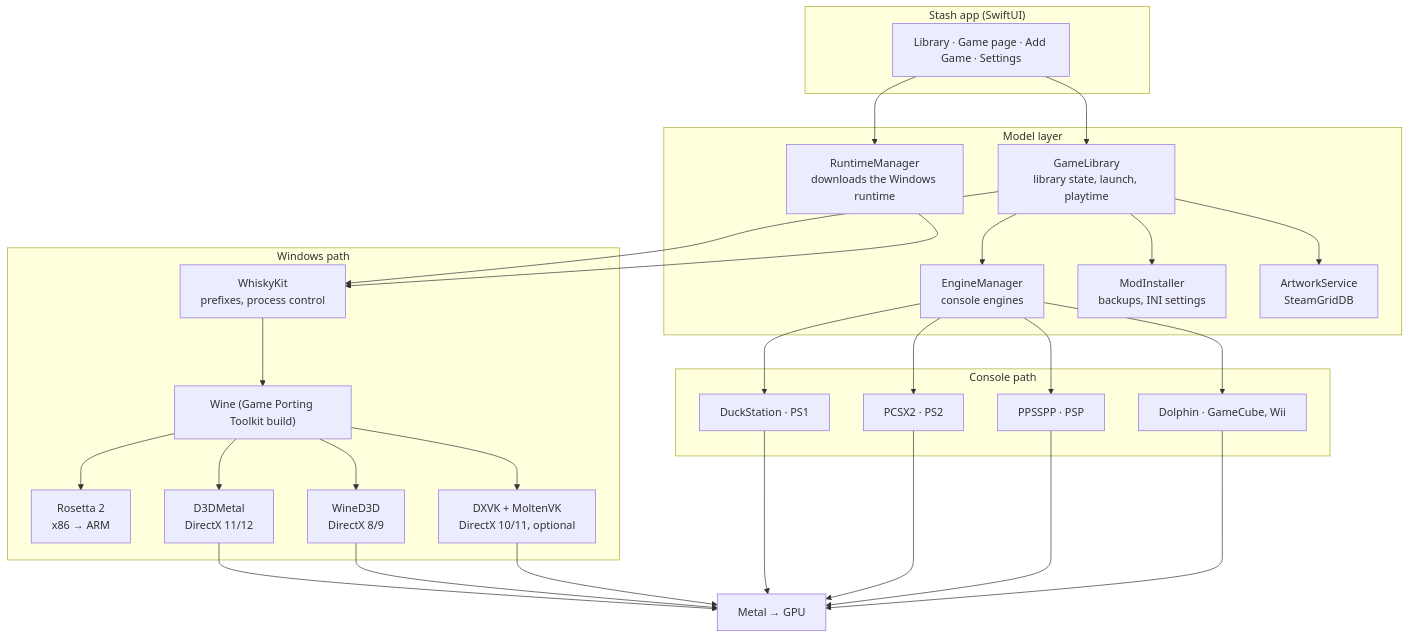
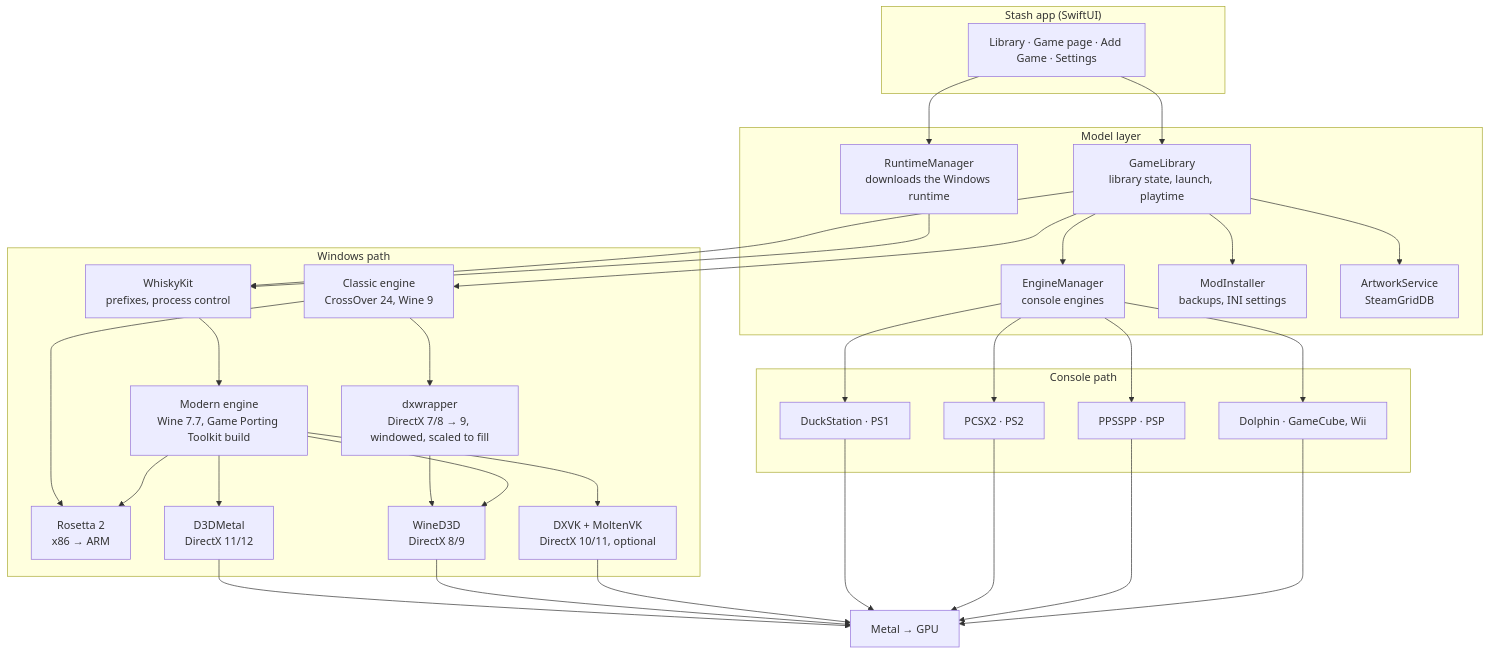
The first of 3 diagrams in README.md (shivvyas2/Stash), drawn with Mermaid before and after one commit. The commit also changed other lines of this file and 9 other files, not shown here.

First line of the commit message:
Run 2000s games on a classic engine with full-screen scaling

````diff
--- a/README.md
+++ b/README.md
@@ -55,47 +56,52 @@
 ```mermaid
 flowchart TB
     subgraph UI["Stash app (SwiftUI)"]
         Views["Library · Game page · Add Game · Settings"]
     end
 
     subgraph Core["Model layer"]
         Library["GameLibrary<br/>library state, launch, playtime"]
         Runtime["RuntimeManager<br/>downloads the Windows runtime"]
         Engines["EngineManager<br/>console engines"]
         Mods["ModInstaller<br/>backups, INI settings"]
         Art["ArtworkService<br/>SteamGridDB"]
     end
 
     subgraph Windows["Windows path"]
         Kit["WhiskyKit<br/>prefixes, process control"]
-        Wine["Wine (Game Porting Toolkit build)"]
+        Wine["Modern engine<br/>Wine 7.7, Game Porting Toolkit build"]
+        Classic["Classic engine<br/>CrossOver 24, Wine 9"]
+        DXW["dxwrapper<br/>DirectX 7/8 → 9, windowed, scaled to fill"]
         Rosetta["Rosetta 2<br/>x86 → ARM"]
         D3DM["D3DMetal<br/>DirectX 11/12"]
         WineD3D["WineD3D<br/>DirectX 8/9"]
         DXVK["DXVK + MoltenVK<br/>DirectX 10/11, optional"]
     end
 
     subgraph Consoles["Console path"]
         Duck["DuckStation · PS1"]
         PCSX2["PCSX2 · PS2"]
         PPSSPP["PPSSPP · PSP"]
         Dolphin["Dolphin · GameCube, Wii"]
     end
 
     Metal["Metal → GPU"]
 
     Views --> Library
     Views --> Runtime
     Library --> Kit
+    Library --> Classic
+    Classic --> Rosetta
+    Classic --> DXW --> WineD3D
     Library --> Engines
     Library --> Mods
     Library --> Art
     Runtime --> Kit
     Kit --> Wine
     Wine --> Rosetta
     Wine --> D3DM --> Metal
     Wine --> WineD3D --> Metal
     Wine --> DXVK --> Metal
     Engines --> Duck & PCSX2 & PPSSPP & Dolphin
     Duck & PCSX2 & PPSSPP & Dolphin --> Metal
 ```
````
